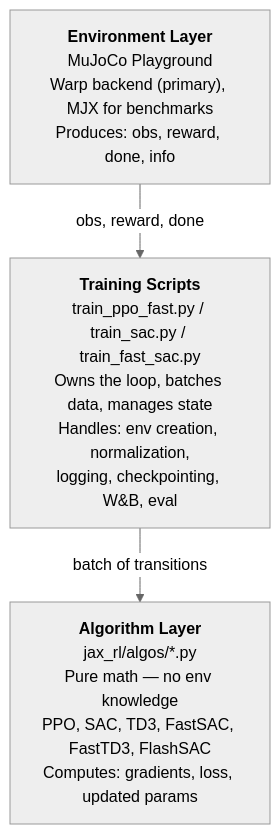
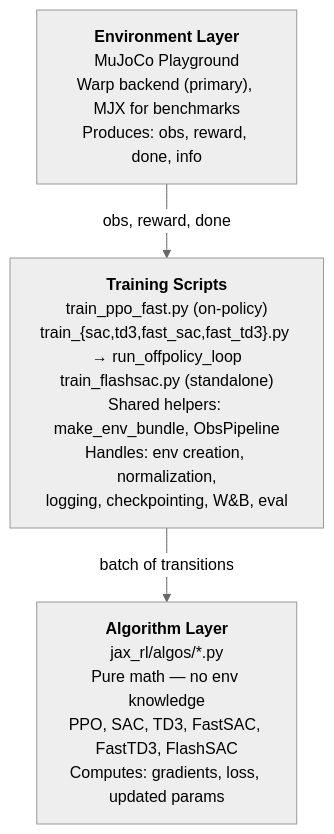
Before and after one commit to stevenwman/jax-learning: the diagram in docs/reference/architecture.md, drawn with Mermaid (neutral theme). The commit also changed other lines of this file and 9 other files, not shown here.

````diff
--- a/docs/reference/architecture.md
+++ b/docs/reference/architecture.md
@@ -7,9 +7,9 @@
 ```mermaid
 flowchart TD
     ENV["<b>Environment Layer</b><br/>MuJoCo Playground<br/>Warp backend (primary), MJX for benchmarks<br/>Produces: obs, reward, done, info"]
-    TRAIN["<b>Training Scripts</b><br/>train_ppo_fast.py / train_sac.py / train_fast_sac.py<br/>Owns the loop, batches data, manages state<br/>Handles: env creation, normalization,<br/>logging, checkpointing, W&B, eval"]
+    TRAIN["<b>Training Scripts</b><br/>train_ppo_fast.py (on-policy)<br/>train_{sac,td3,fast_sac,fast_td3}.py → run_offpolicy_loop<br/>train_flashsac.py (standalone)<br/>Shared helpers: make_env_bundle, ObsPipeline<br/>Handles: env creation, normalization,<br/>logging, checkpointing, W&B, eval"]
     ALGO["<b>Algorithm Layer</b><br/>jax_rl/algos/*.py<br/>Pure math — no env knowledge<br/>PPO, SAC, TD3, FastSAC, FastTD3, FlashSAC<br/>Computes: gradients, loss, updated params"]
 
     ENV -->|"obs, reward, done"| TRAIN
     TRAIN -->|"batch of transitions"| ALGO
 ```
````
